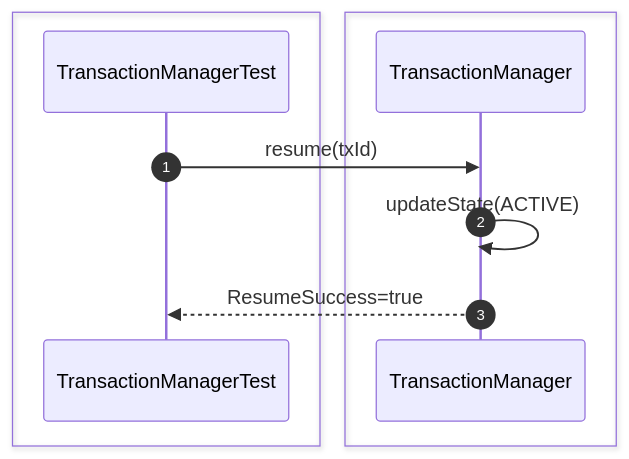
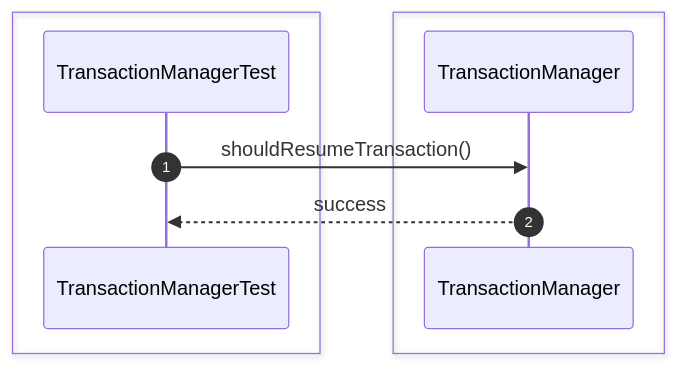
Before and after one commit to Huy1801214/dbms-architecture: the sixth of 54 diagrams in src/sequence/transaction.md, drawn with Mermaid. The commit also changed other lines of this file and 68 other files, not shown here.

Commit message:
implement comprehensive unit test suite and architectural sequence documentation

````diff
--- a/src/sequence/transaction.md
+++ b/src/sequence/transaction.md
@@ -101,15 +81,13 @@
 ```mermaid
 sequenceDiagram
     autonumber
-
     box #e1f5fe Test Suite
     participant Test as TransactionManagerTest
     end
-    box #ffebee Transaction Components
-    participant Manager as TransactionManager
+    box #ffebee TransactionManager Component
+    participant TM as TransactionManager
     end
 
-    Test->>Manager: resume(txId)
-    Manager->>Manager: updateState(ACTIVE)
-    Manager-->>Test: ResumeSuccess=true
+    Test->>TM: shouldResumeTransaction()
+    TM-->>Test: success
 ```
````
